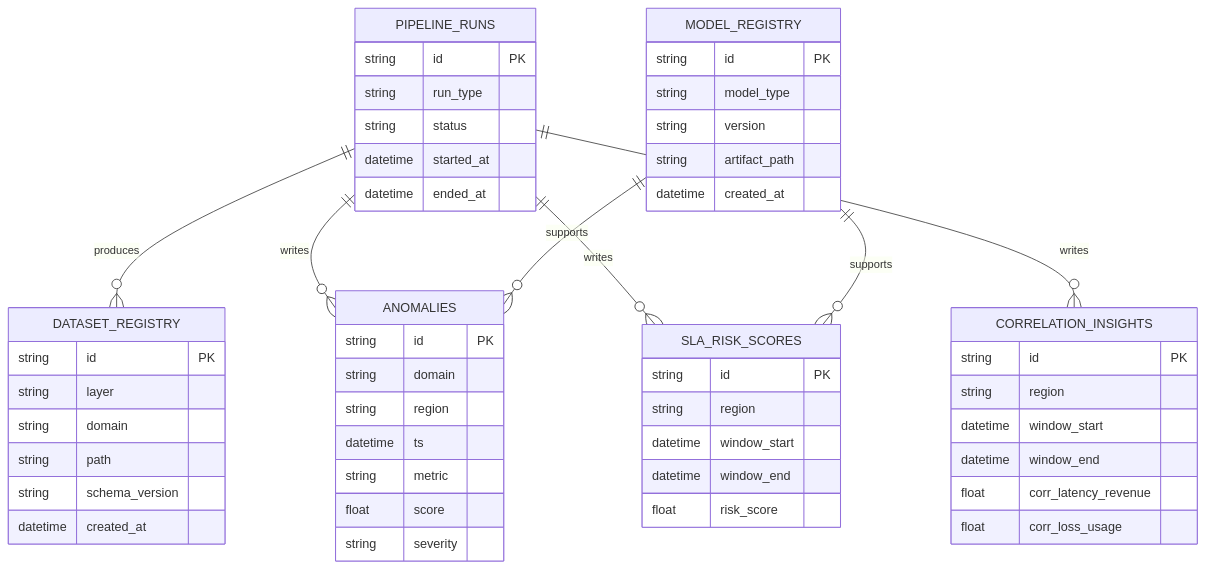
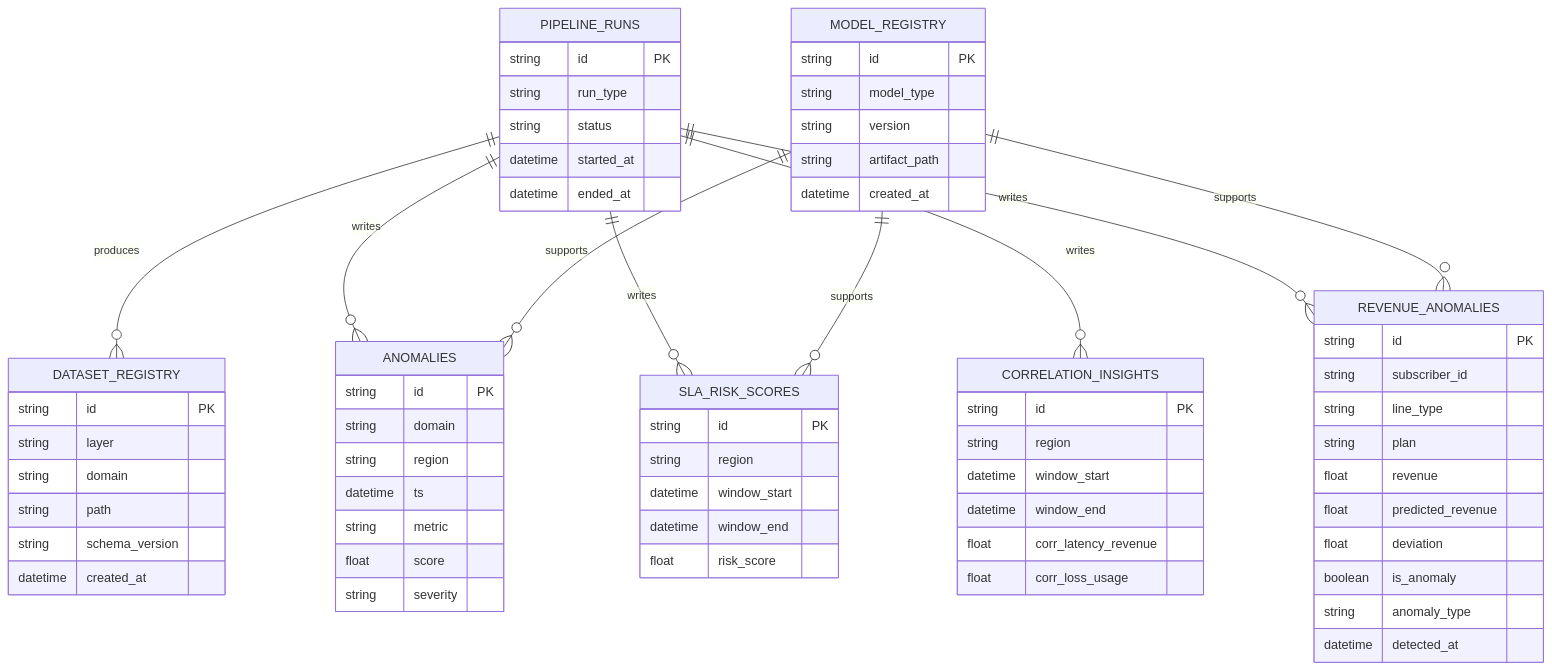
One commit to souhayl1g/telecom-cloud-intelligence changed the diagram in docs/data-model/postgres-schema.md. Above: the diagram before and after it, drawn with Mermaid. The commit also changed 12 other files, not shown here.

````diff
--- a/docs/data-model/postgres-schema.md
+++ b/docs/data-model/postgres-schema.md
@@ -1,61 +1,76 @@
 ```mermaid
 erDiagram
   DATASET_REGISTRY {
     string id PK
     string layer
     string domain
     string path
     string schema_version
     datetime created_at
   }
 
   PIPELINE_RUNS {
     string id PK
     string run_type
     string status
     datetime started_at
     datetime ended_at
   }
 
   ANOMALIES {
     string id PK
     string domain
     string region
     datetime ts
     string metric
     float score
     string severity
   }
 
   SLA_RISK_SCORES {
     string id PK
     string region
     datetime window_start
     datetime window_end
     float risk_score
   }
 
   CORRELATION_INSIGHTS {
     string id PK
     string region
     datetime window_start
     datetime window_end
     float corr_latency_revenue
     float corr_loss_usage
   }
 
+  REVENUE_ANOMALIES {
+    string id PK
+    string subscriber_id
+    string line_type
+    string plan
+    float revenue
+    float predicted_revenue
+    float deviation
+    boolean is_anomaly
+    string anomaly_type
+    datetime detected_at
+  }
+
   MODEL_REGISTRY {
     string id PK
     string model_type
     string version
     string artifact_path
     datetime created_at
   }
 
   PIPELINE_RUNS ||--o{ DATASET_REGISTRY : produces
   PIPELINE_RUNS ||--o{ ANOMALIES : writes
   PIPELINE_RUNS ||--o{ SLA_RISK_SCORES : writes
   PIPELINE_RUNS ||--o{ CORRELATION_INSIGHTS : writes
+  PIPELINE_RUNS ||--o{ REVENUE_ANOMALIES : writes
   MODEL_REGISTRY ||--o{ ANOMALIES : supports
   MODEL_REGISTRY ||--o{ SLA_RISK_SCORES : supports
+  MODEL_REGISTRY ||--o{ REVENUE_ANOMALIES : supports
 ```
````
